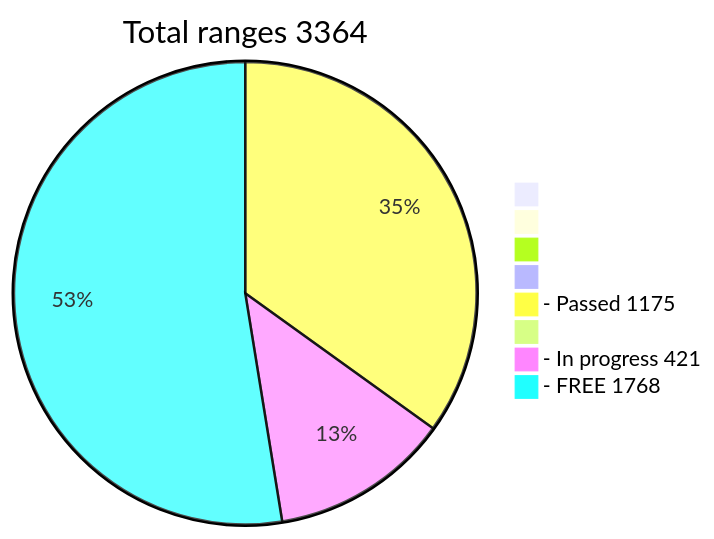
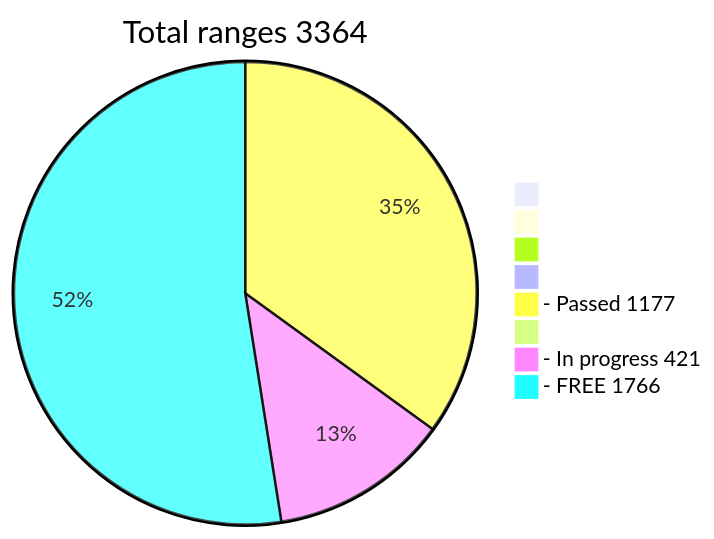
Before and after one commit to phrutis/wif500: the diagram in README.md, drawn with Mermaid.

````diff
--- a/README.md
+++ b/README.md
@@ -16,12 +16,12 @@
 ```mermaid
 pie title Total ranges 3364
              " " : 0
             "  " : 0
            "   " : 0
           "    " : 0
-  "- Passed 1175" : 1175
+  "- Passed 1177" : 1177
          "     " : 0
   "- In progress 421" : 421
-   "- FREE 1768" : 1768
+   "- FREE 1766" : 1766
    
 ```
````
